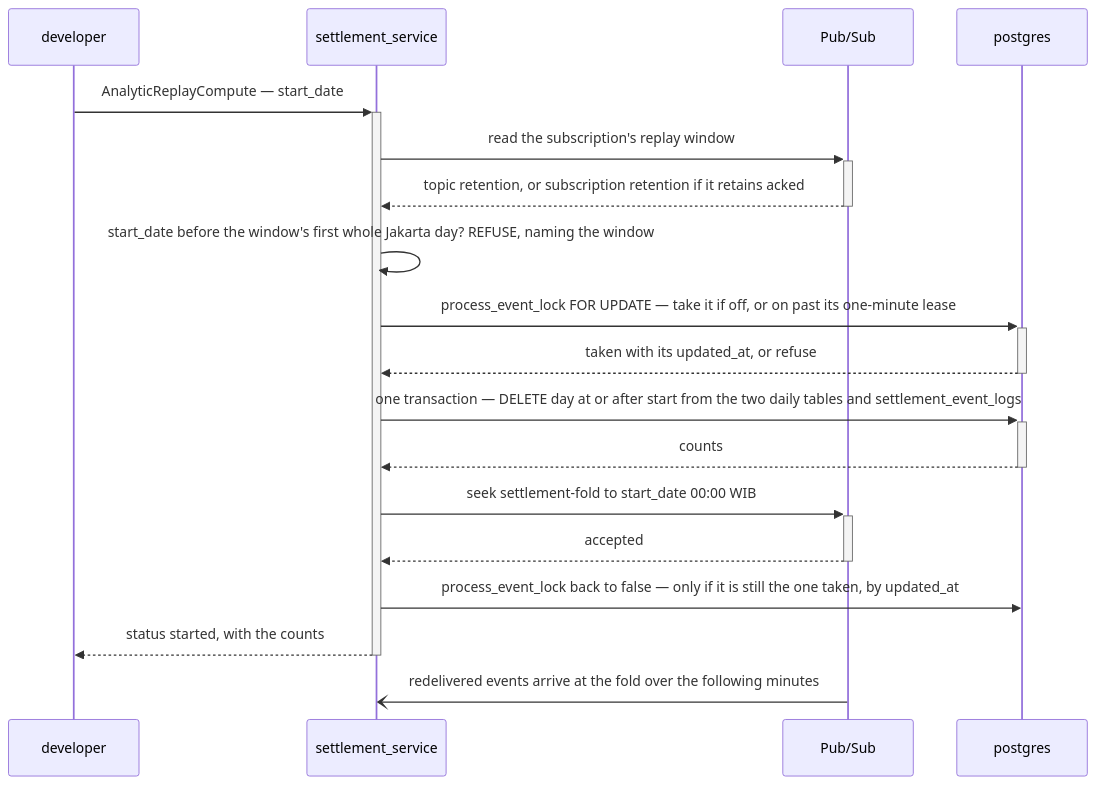
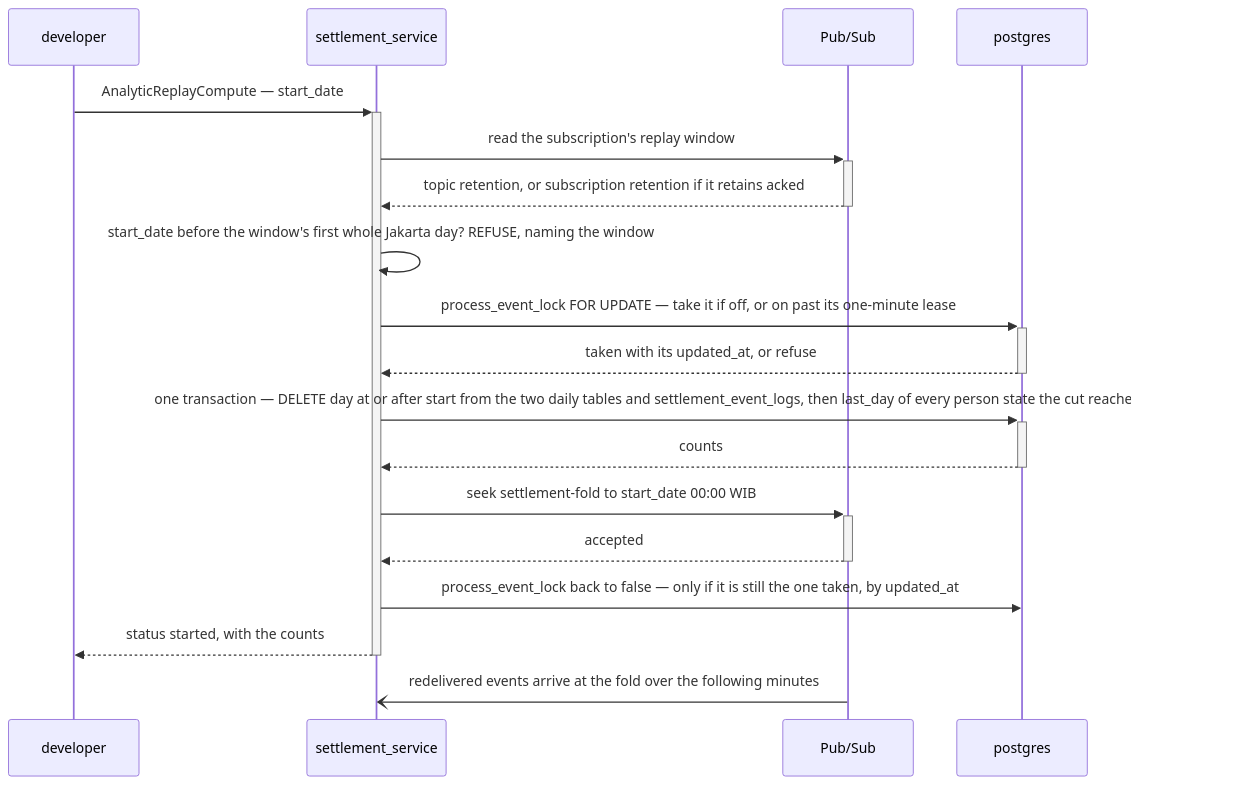
Before and after one commit to pdcgo/warehouse_revamp: the sixth of 7 diagrams in docs/services/settlement_service/rpc.md, drawn with Mermaid. The commit also changed other lines of this file and 348 other files, not shown here.

````diff
--- a/docs/services/settlement_service/rpc.md
+++ b/docs/services/settlement_service/rpc.md
@@ -226,21 +226,21 @@
 ```mermaid
 sequenceDiagram
   participant D as developer
   participant S as settlement_service
   participant G as Pub/Sub
   participant DB as postgres
 
   D->>+S: AnalyticReplayCompute — start_date
   S->>+G: read the subscription's replay window
   G-->>-S: topic retention, or subscription retention if it retains acked
   S->>S: start_date before the window's first whole Jakarta day? REFUSE, naming the window
   S->>+DB: process_event_lock FOR UPDATE — take it if off, or on past its one-minute lease
   DB-->>-S: taken with its updated_at, or refuse
-  S->>+DB: one transaction — DELETE day at or after start from the two daily tables and settlement_event_logs
+  S->>+DB: one transaction — DELETE day at or after start from the two daily tables and settlement_event_logs, then last_day of every person state the cut reached = MAX(day) left
   DB-->>-S: counts
   S->>+G: seek settlement-fold to start_date 00:00 WIB
   G-->>-S: accepted
   S->>DB: process_event_lock back to false — only if it is still the one taken, by updated_at
   S-->>-D: status started, with the counts
   G-)S: redelivered events arrive at the fold over the following minutes
 ```
````
